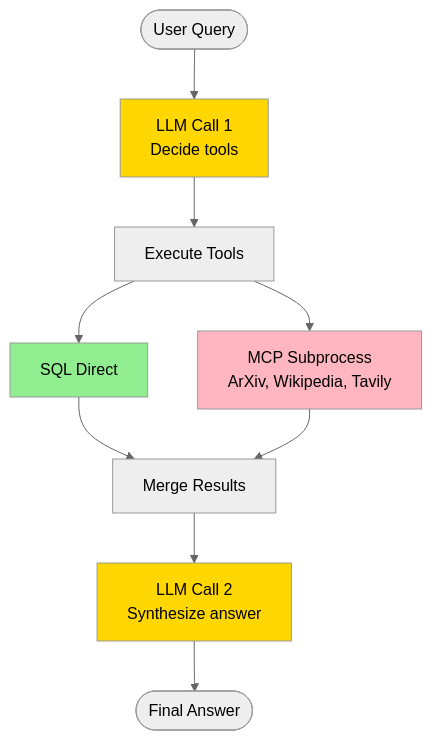
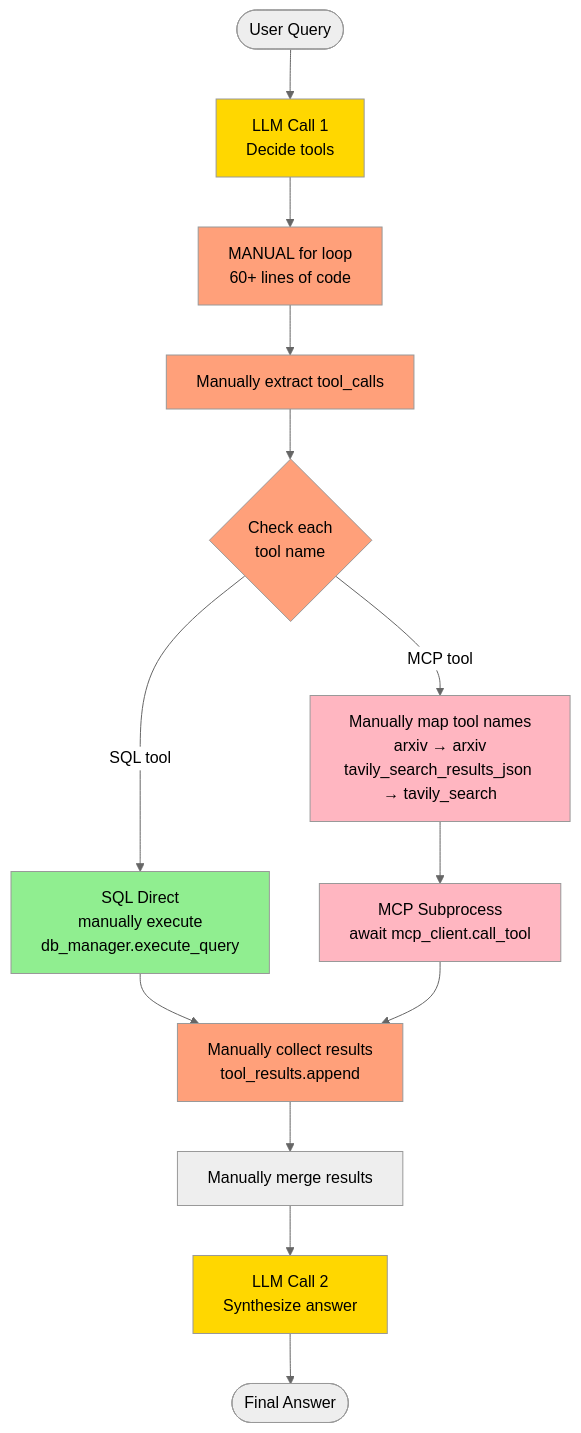
The fourth of 6 diagrams in AgenticAI/simple_chatbot_mcp_langgraph/readme.md (Yuhsuant1994/DataScienKnowledge), drawn with Mermaid (neutral theme) before and after one commit. The commit also changed other lines of this file, not shown here.

````diff
--- a/AgenticAI/simple_chatbot_mcp_langgraph/readme.md
+++ b/AgenticAI/simple_chatbot_mcp_langgraph/readme.md
@@ -73,19 +84,30 @@
 ```mermaid
 graph TD
     START([User Query]) --> LLM1[LLM Call 1<br/>Decide tools]
-    LLM1 --> EXEC[Execute Tools]
+    LLM1 --> MANUAL[MANUAL for loop<br/>60+ lines of code]
 
-    EXEC --> SQL[SQL Direct]
-    EXEC --> MCP[MCP Subprocess<br/>ArXiv, Wikipedia, Tavily]
+    MANUAL --> EXTRACT[Manually extract tool_calls]
+    EXTRACT --> CHECK{Check each<br/>tool name}
 
-    SQL --> MERGE[Merge Results]
-    MCP --> MERGE
+    CHECK -->|SQL tool| SQL[SQL Direct<br/>manually execute<br/>db_manager.execute_query]
+    CHECK -->|MCP tool| MCPMAP[Manually map tool names<br/>arxiv → arxiv<br/>tavily_search_results_json → tavily_search]
 
+    MCPMAP --> MCP[MCP Subprocess<br/>await mcp_client.call_tool]
+
+    SQL --> COLLECT[Manually collect results<br/>tool_results.append]
+    MCP --> COLLECT
+
+    COLLECT --> MERGE[Manually merge results]
     MERGE --> LLM2[LLM Call 2<br/>Synthesize answer]
     LLM2 --> END([Final Answer])
 
     style LLM1 fill:#FFD700
     style LLM2 fill:#FFD700
+    style MANUAL fill:#FFA07A
+    style EXTRACT fill:#FFA07A
+    style CHECK fill:#FFA07A
+    style COLLECT fill:#FFA07A
     style SQL fill:#90EE90
+    style MCPMAP fill:#FFB6C1
     style MCP fill:#FFB6C1
 ```
````
